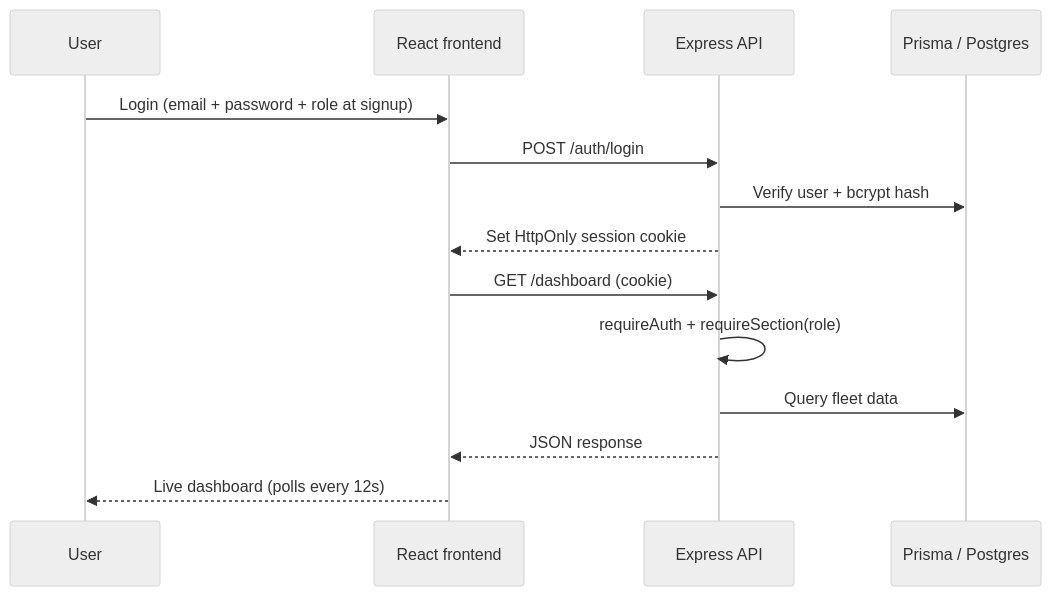
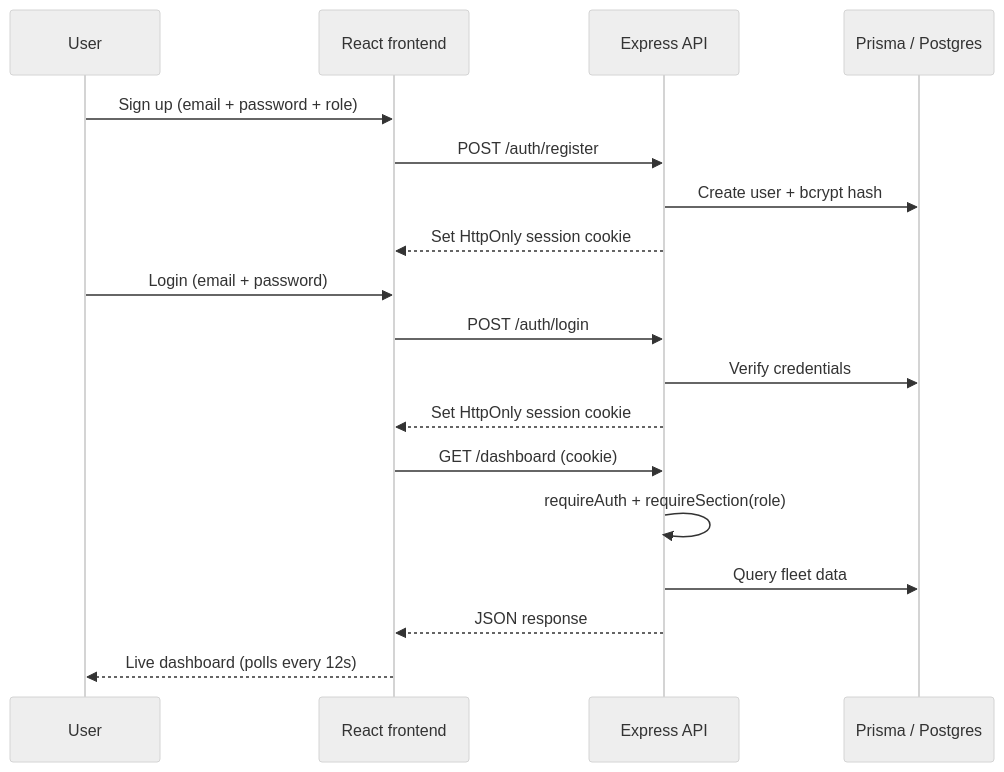
One commit to Harsimran-Dalal/TransitOps-Smart-Transport-Operations-Platform changed the second of 2 diagrams in README.md. Above: the diagram before and after it, drawn with Mermaid (neutral theme). The commit also changed other lines of this file, not shown here.

````diff
--- a/README.md
+++ b/README.md
@@ -97,17 +110,21 @@
 ```mermaid
 sequenceDiagram
   participant U as User
   participant F as React frontend
   participant A as Express API
   participant P as Prisma / Postgres
 
-  U->>F: Login (email + password + role at signup)
+  U->>F: Sign up (email + password + role)
+  F->>A: POST /auth/register
+  A->>P: Create user + bcrypt hash
+  A-->>F: Set HttpOnly session cookie
+  U->>F: Login (email + password)
   F->>A: POST /auth/login
-  A->>P: Verify user + bcrypt hash
+  A->>P: Verify credentials
   A-->>F: Set HttpOnly session cookie
   F->>A: GET /dashboard (cookie)
   A->>A: requireAuth + requireSection(role)
   A->>P: Query fleet data
   A-->>F: JSON response
   F-->>U: Live dashboard (polls every 12s)
 ```
````
